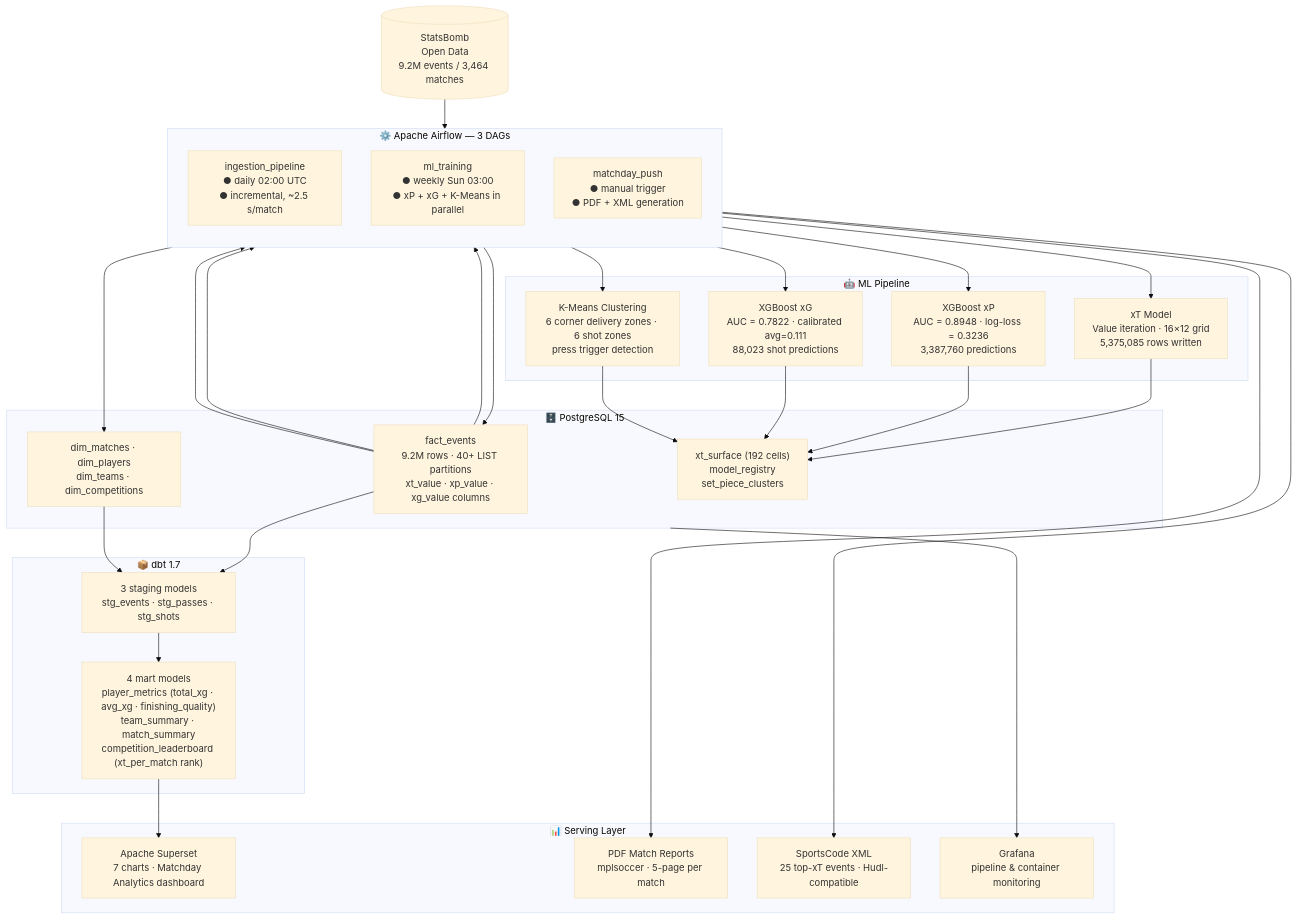
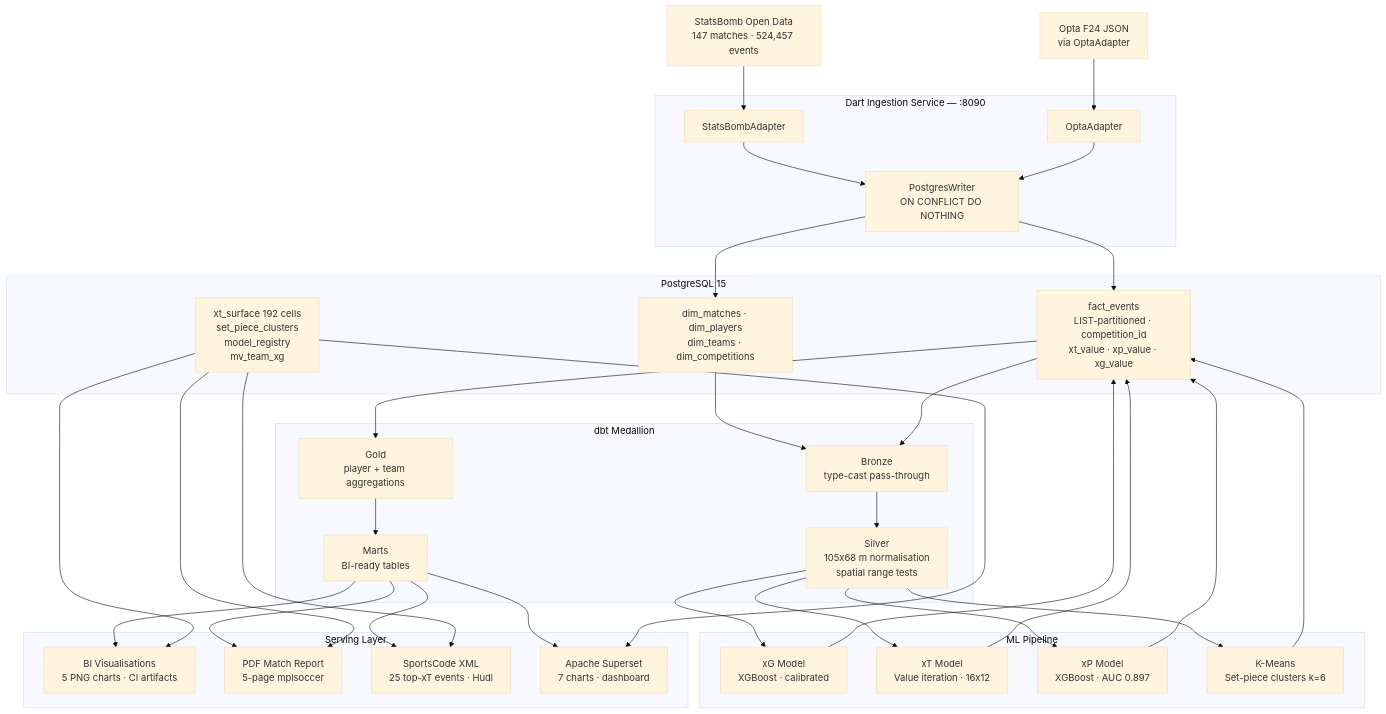
Before and after one commit to bbasaranemir/xforge: the diagram in README.md, drawn with Mermaid (base theme). The commit also changed other lines of this file and 1 other file, not shown here.

First line of the commit message:
docs(readme): complete V2 rewrite — medallion architecture, Dart service, 5 BI charts

````diff
--- a/README.md
+++ b/README.md
@@ -30,47 +66,47 @@
 ```mermaid
 flowchart TD
-    SB[("StatsBomb\nOpen Data\n9.2M events / 3,464 matches")]
+    SB["StatsBomb Open Data\n147 matches · 524,457 events"]
+    OA["Opta F24 JSON\nvia OptaAdapter"]
 
-    subgraph AIRFLOW["⚙️ Apache Airflow — 3 DAGs"]
-        direction TB
-        DAG1["ingestion_pipeline\n● daily 02:00 UTC\n● incremental, ~2.5 s/match"]
-        DAG2["ml_training\n● weekly Sun 03:00\n● xP + xG + K-Means in parallel"]
-        DAG3["matchday_push\n● manual trigger\n● PDF + XML generation"]
+    subgraph DART["Dart Ingestion Service — :8090"]
+        SA["StatsBombAdapter"]
+        OPT["OptaAdapter"]
+        PW["PostgresWriter\nON CONFLICT DO NOTHING"]
     end
 
-    subgraph PG["🗄️ PostgreSQL 15"]
-        FACT["fact_events\n9.2M rows · 40+ LIST partitions\nxt_value · xp_value · xg_value columns"]
+    subgraph PG["PostgreSQL 15"]
+        FE["fact_events\nLIST-partitioned · competition_id\nxt_value · xp_value · xg_value"]
         DIM["dim_matches · dim_players\ndim_teams · dim_competitions"]
-        AUX["xt_surface (192 cells)\nmodel_registry\nset_piece_clusters"]
+        AUX["xt_surface 192 cells\nset_piece_clusters\nmodel_registry\nmv_team_xg"]
     end
 
-    subgraph DBT["📦 dbt 1.7"]
-        STG["3 staging models\nstg_events · stg_passes · stg_shots"]
-        MART["4 mart models\nplayer_metrics (total_xg · avg_xg · finishing_quality)\nteam_summary · match_summary\ncompetition_leaderboard (xt_per_match rank)"]
+    subgraph DBT["dbt Medallion"]
+        BR["Bronze\ntype-cast pass-through"]
+        SL["Silver\n105x68 m normalisation\nspatial range tests"]
+        GD["Gold\nplayer + team aggregations"]
+        MT["Marts\nBI-ready tables"]
     end
 
-    subgraph ML["🤖 ML Pipeline"]
-        XT["xT Model\nValue iteration · 16×12 grid\n5,375,085 rows written"]
-        XP["XGBoost xP\nAUC = 0.8948 · log-loss = 0.3236\n3,387,760 predictions"]
-        XG["XGBoost xG\nAUC = 0.7822 · calibrated avg=0.111\n88,023 shot predictions"]
-        KM["K-Means Clustering\n6 corner delivery zones · 6 shot zones\npress trigger detection"]
+    subgraph ML["ML Pipeline"]
+        XG["xG Model\nXGBoost · calibrated"]
+        XT["xT Model\nValue iteration · 16x12"]
+        XP["xP Model\nXGBoost · AUC 0.897"]
+        KM["K-Means\nSet-piece clusters k=6"]
     end
 
-    subgraph SERVE["📊 Serving Layer"]
-        SS["Apache Superset\n7 charts · Matchday Analytics dashboard"]
-        PDF["PDF Match Reports\nmplsoccer · 5-page per match"]
-        XML["SportsCode XML\n25 top-xT events · Hudl-compatible"]
-        GR["Grafana\npipeline & container monitoring"]
+    subgraph SERVE["Serving Layer"]
+        VIZ["BI Visualisations\n5 PNG charts · CI artifacts"]
+        PDF["PDF Match Report\n5-page mplsoccer"]
+        XML["SportsCode XML\n25 top-xT events · Hudl"]
+        SUP["Apache Superset\n7 charts · dashboard"]
     end
 
-    SB --> DAG1
-    DAG1 --> FACT & DIM
-    FACT --> DAG1
-    FACT --> DAG2
-    DAG2 --> XT & XP & XG & KM
-    XT & XP & XG & KM --> AUX
-    FACT & DIM --> STG --> MART
-    MART --> SS
-    FACT --> DAG3 --> PDF & XML
-    PG --> GR
+    SB --> SA
+    OA --> OPT
+    SA & OPT --> PW --> FE & DIM
+    DIM & FE --> BR --> SL
+    SL --> XG & XT & XP & KM
+    XG & XT & XP & KM --> FE
+    FE --> GD --> MT
+    MT & AUX --> VIZ & PDF & XML & SUP
 ```
````
